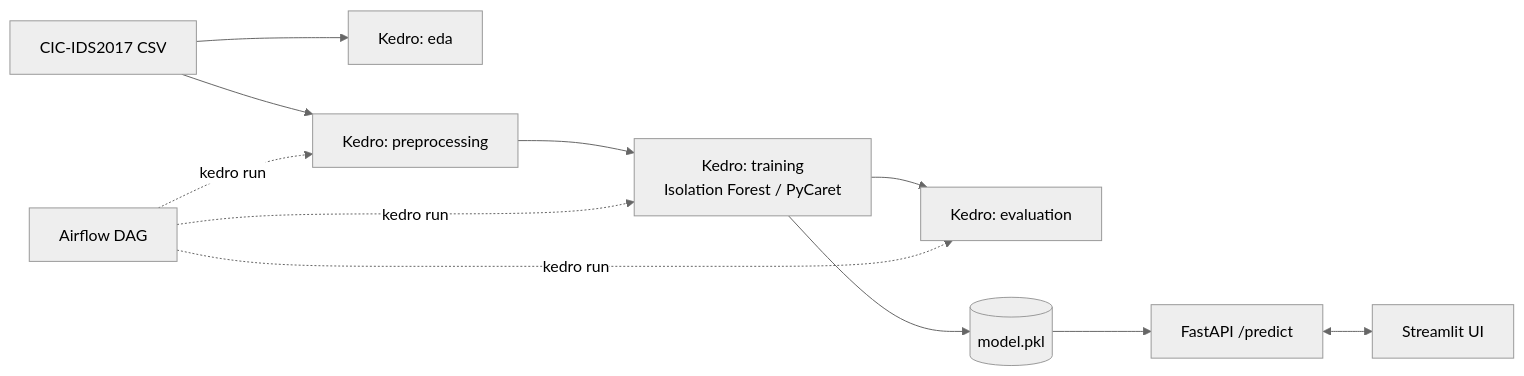
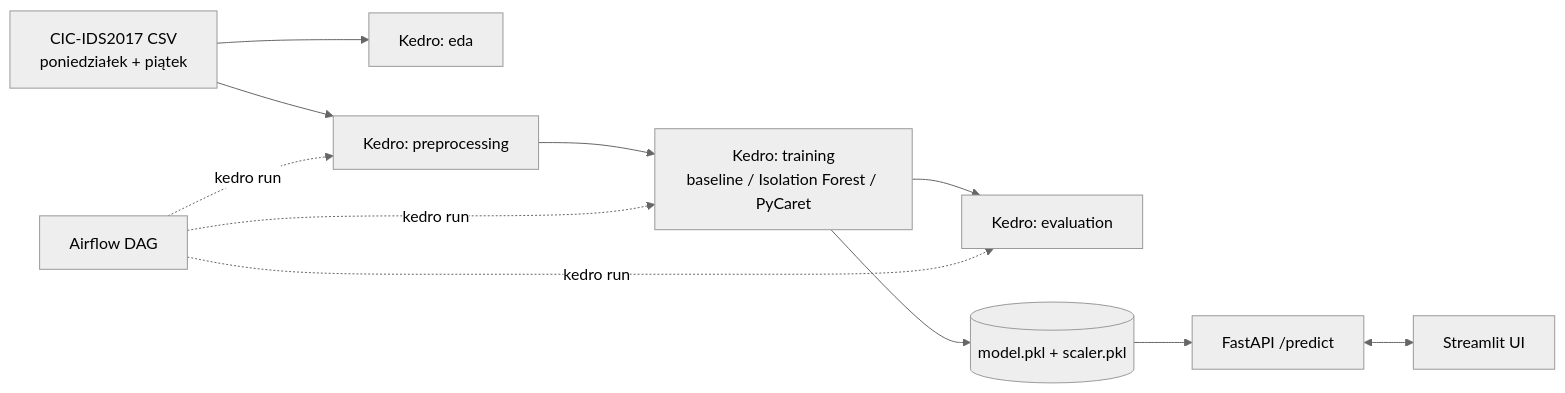
Before and after one commit to ASI-PJATK-PK/ai_project_s28129: the diagram in docs/architecture.md, drawn with Mermaid (neutral theme). The commit also changed other lines of this file and 3 other files, not shown here.

Commit message:
Docs: aktualizacja diagramu, architektury i backlogu pod zakres projektu

````diff
--- a/docs/architecture.md
+++ b/docs/architecture.md
@@ -7,11 +7,11 @@
 ```mermaid
 flowchart LR
-    A[CIC-IDS2017 CSV] --> B[Kedro: eda]
+    A[CIC-IDS2017 CSV<br/>poniedziałek + piątek] --> B[Kedro: eda]
     A --> C[Kedro: preprocessing]
-    C --> D[Kedro: training<br/>Isolation Forest / PyCaret]
+    C --> D[Kedro: training<br/>baseline / Isolation Forest / PyCaret]
     D --> E[Kedro: evaluation]
-    D --> F[(model.pkl)]
+    D --> F[(model.pkl + scaler.pkl)]
     F --> G[FastAPI /predict]
     G <--> H[Streamlit UI]
     I[Airflow DAG] -.->|kedro run| C & D & E
 ```
````
